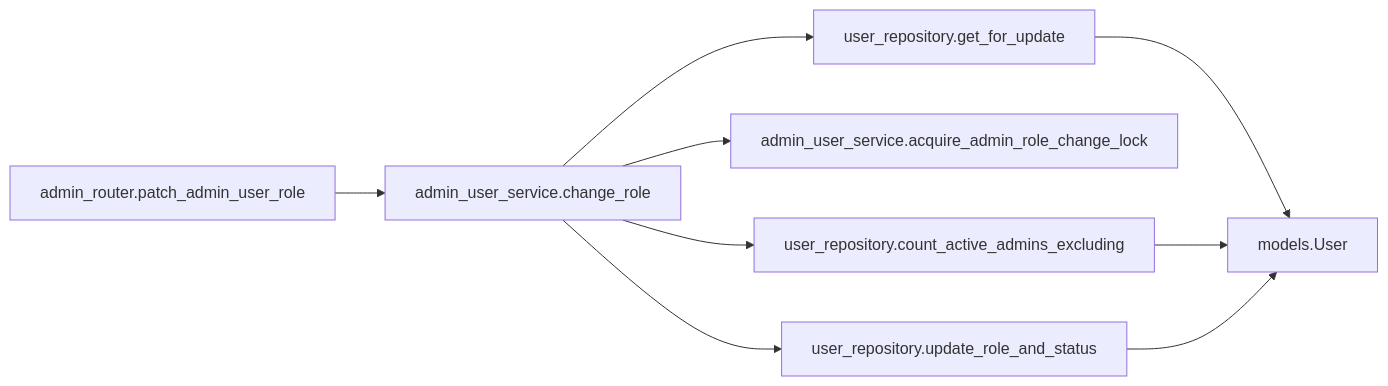
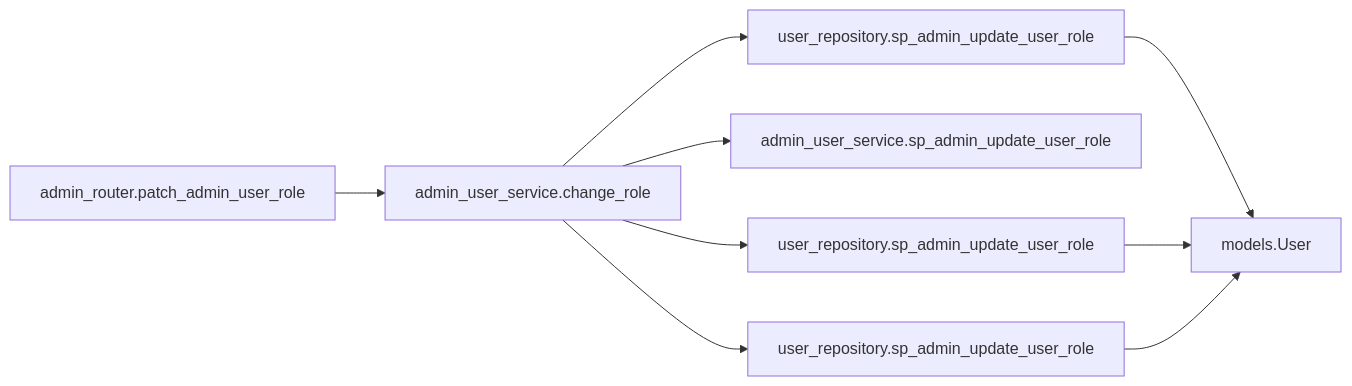
One commit to oikawa-d/task_management changed the third of 4 diagrams in detailed_design/api/admin/02_patch_admin_user_role.md. Above: the diagram before and after it, drawn with Mermaid. The commit also changed other lines of this file and 58 other files, not shown here.

````diff
--- a/detailed_design/api/admin/02_patch_admin_user_role.md
+++ b/detailed_design/api/admin/02_patch_admin_user_role.md
@@ -232,11 +231,11 @@
 ```mermaid
 flowchart LR
     R["admin_router.patch_admin_user_role"] --> S["admin_user_service.change_role"]
-    S --> RP1["user_repository.get_for_update"]
-    S --> L["admin_user_service.acquire_admin_role_change_lock"]
-    S --> RP2["user_repository.count_active_admins_excluding"]
-    S --> RP3["user_repository.update_role_and_status"]
+    S --> RP1["user_repository.sp_admin_update_user_role"]
+    S --> L["admin_user_service.sp_admin_update_user_role"]
+    S --> RP2["user_repository.sp_admin_update_user_role"]
+    S --> RP3["user_repository.sp_admin_update_user_role"]
     RP1 --> M["models.User"]
     RP2 --> M
     RP3 --> M
 ```
````
